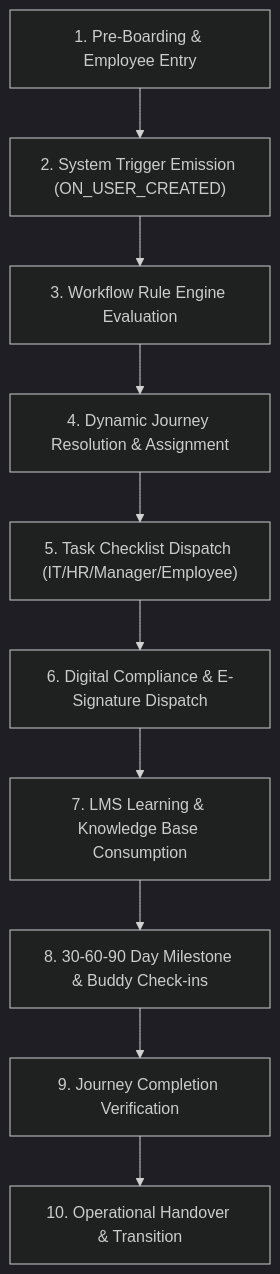
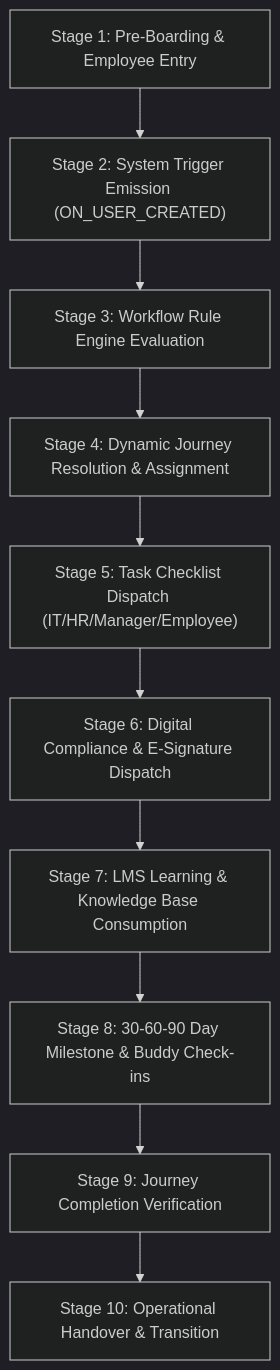
Before and after one commit to kavicastelo/talnova-onboarding: the diagram in docs/product/04-unified-onboarding-lifecycle.md, drawn with Mermaid (dark theme). The commit also changed other lines of this file and 15 other files, not shown here.

````diff
--- a/docs/product/04-unified-onboarding-lifecycle.md
+++ b/docs/product/04-unified-onboarding-lifecycle.md
@@ -15,12 +15,12 @@
 ```mermaid
 flowchart TD
-    A["1. Pre-Boarding & Employee Entry"] --> B["2. System Trigger Emission (ON_USER_CREATED)"]
-    B --> C["3. Workflow Rule Engine Evaluation"]
-    C --> D["4. Dynamic Journey Resolution & Assignment"]
-    D --> E["5. Task Checklist Dispatch (IT/HR/Manager/Employee)"]
-    E --> F["6. Digital Compliance & E-Signature Dispatch"]
-    F --> G["7. LMS Learning & Knowledge Base Consumption"]
-    G --> H["8. 30-60-90 Day Milestone & Buddy Check-ins"]
-    H --> I["9. Journey Completion Verification"]
-    I --> J["10. Operational Handover & Transition"]
+    A["Stage 1: Pre-Boarding & Employee Entry"] --> B["Stage 2: System Trigger Emission (ON_USER_CREATED)"]
+    B --> C["Stage 3: Workflow Rule Engine Evaluation"]
+    C --> D["Stage 4: Dynamic Journey Resolution & Assignment"]
+    D --> E["Stage 5: Task Checklist Dispatch (IT/HR/Manager/Employee)"]
+    E --> F["Stage 6: Digital Compliance & E-Signature Dispatch"]
+    F --> G["Stage 7: LMS Learning & Knowledge Base Consumption"]
+    G --> H["Stage 8: 30-60-90 Day Milestone & Buddy Check-ins"]
+    H --> I["Stage 9: Journey Completion Verification"]
+    I --> J["Stage 10: Operational Handover & Transition"]
 ```
````
